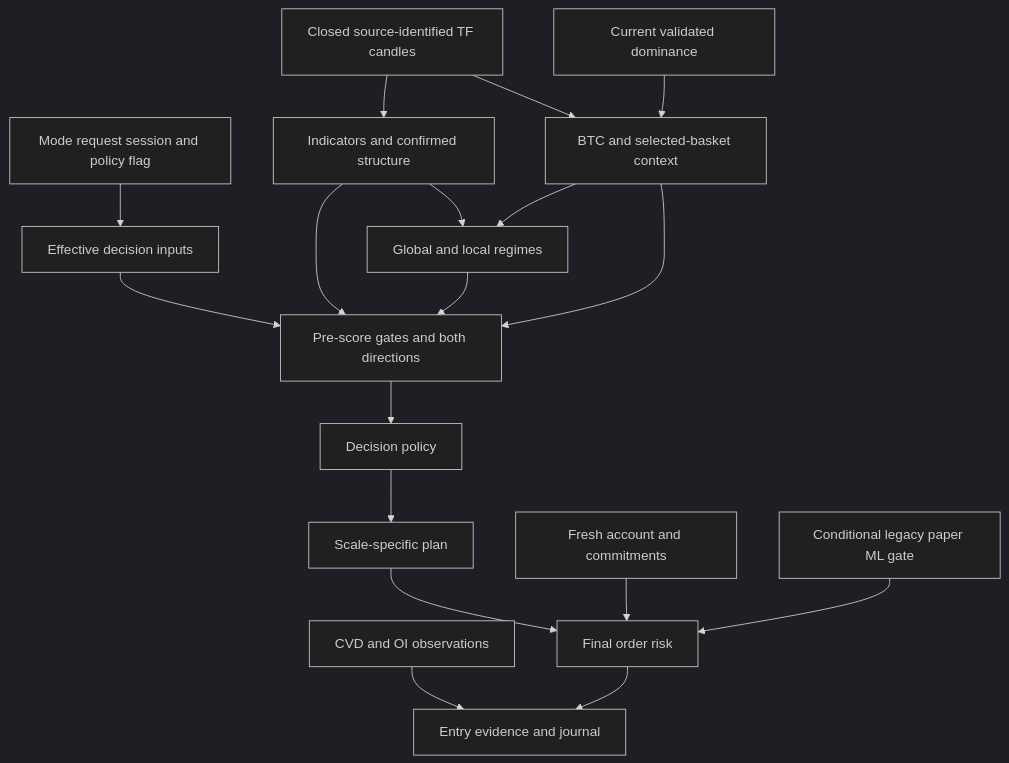
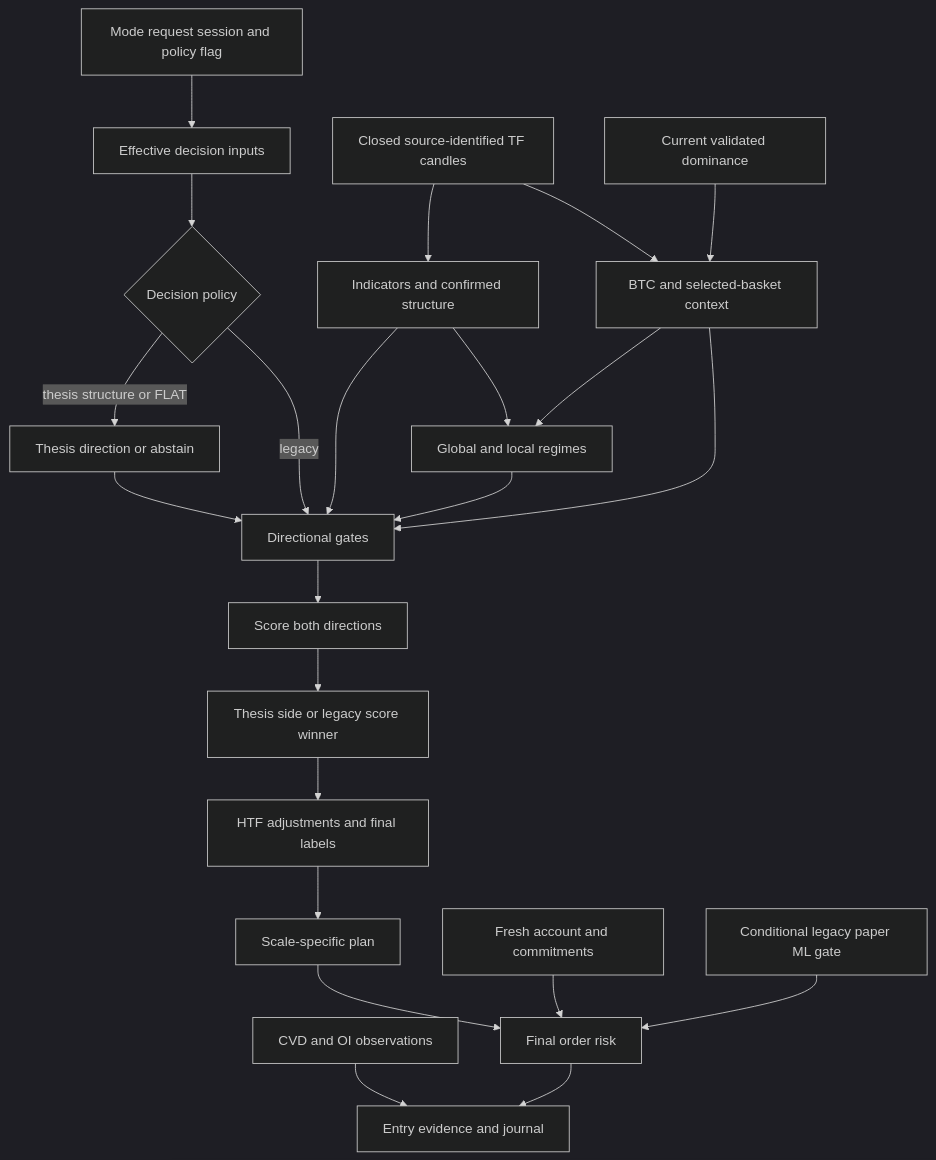
One commit to NobleWolf412/snipersight-trading changed the third of 4 diagrams in docs/ARCHITECTURE_INDEX.md. Above: the diagram before and after it, drawn with Mermaid (dark theme). The commit also changed other lines of this file and 159 other files, not shown here.

````diff
--- a/docs/ARCHITECTURE_INDEX.md
+++ b/docs/ARCHITECTURE_INDEX.md
@@ -98,20 +104,25 @@
 ```mermaid
 flowchart TD
   CONFIG[Mode request session and policy flag] --> CORE[Effective decision inputs]
   CANDLES[Closed source-identified TF candles] --> FEATURES[Indicators and confirmed structure]
   CANDLES --> MACRO[BTC and selected-basket context]
   DOM[Current validated dominance] --> MACRO
   FEATURES --> REGIME[Global and local regimes]
   MACRO --> REGIME
-  CORE --> GATES[Pre-score gates and both directions]
+  CORE --> POLICY{Decision policy}
+  POLICY -->|thesis structure or FLAT| THESIS[Thesis direction or abstain]
+  THESIS --> GATES[Directional gates]
+  POLICY -->|legacy| GATES
   FEATURES --> GATES
   REGIME --> GATES
   MACRO --> GATES
-  GATES --> POLICY[Decision policy]
-  POLICY --> PLAN[Scale-specific plan]
+  GATES --> SCORE[Score both directions]
+  SCORE --> SELECT[Thesis side or legacy score winner]
+  SELECT --> FINAL[HTF adjustments and final labels]
+  FINAL --> PLAN[Scale-specific plan]
   PLAN --> SIZE[Final order risk]
   ACCOUNT[Fresh account and commitments] --> SIZE
   ML[Conditional legacy paper ML gate] --> SIZE
   CVD[CVD and OI observations] --> JOURNAL[Entry evidence and journal]
   SIZE --> JOURNAL
 ```
````
